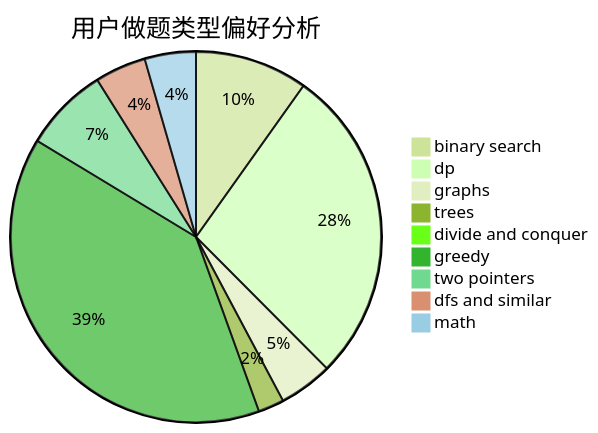
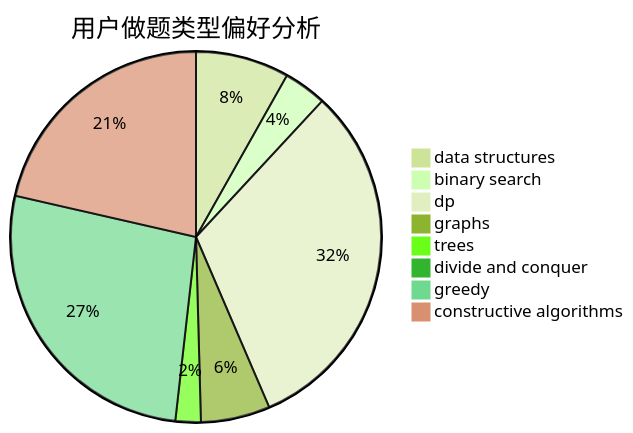
One commit to sherpahu/cfrs.github.io changed the second of 3 diagrams in docs/user/u2356.md. Above: the diagram before and after it, drawn with Mermaid (forest theme). The commit also changed other lines of this file and 2775 other files, not shown here.

````diff
--- a/docs/user/u2356.md
+++ b/docs/user/u2356.md
@@ -23,12 +23,11 @@
 ```mermaid
 pie title 用户做题类型偏好分析
-    "binary search" :  174
-    "dp" :  490
-    "graphs" :  83
-    "trees" :  40
+    "data structures" :  96
+    "binary search" :  44
+    "dp" :  372
+    "graphs" :  71
+    "trees" :  26
     "divide and conquer" :  1
-    "greedy" :  693
-    "two pointers" :  131
-    "dfs and similar" :  79
-    "math" :  79
+    "greedy" :  315
+    "constructive algorithms" :  252
 ```
````
